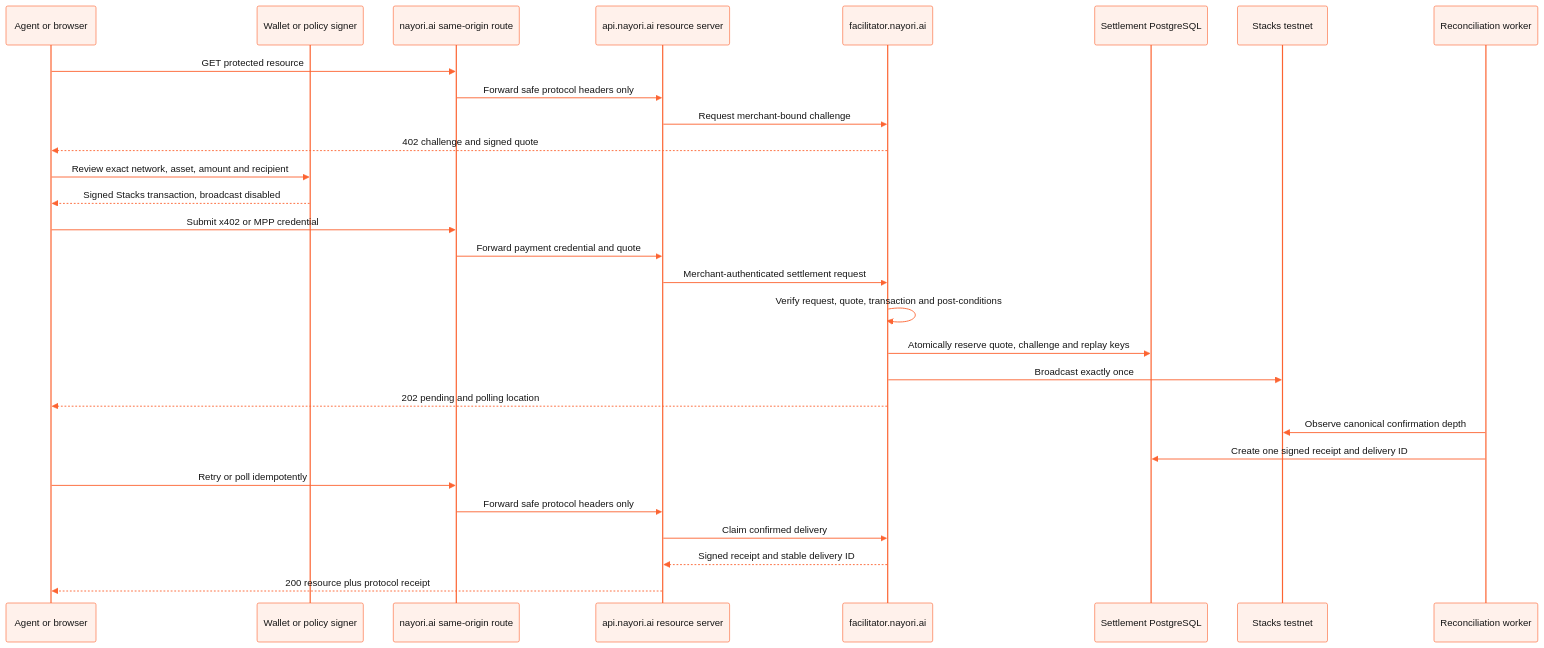
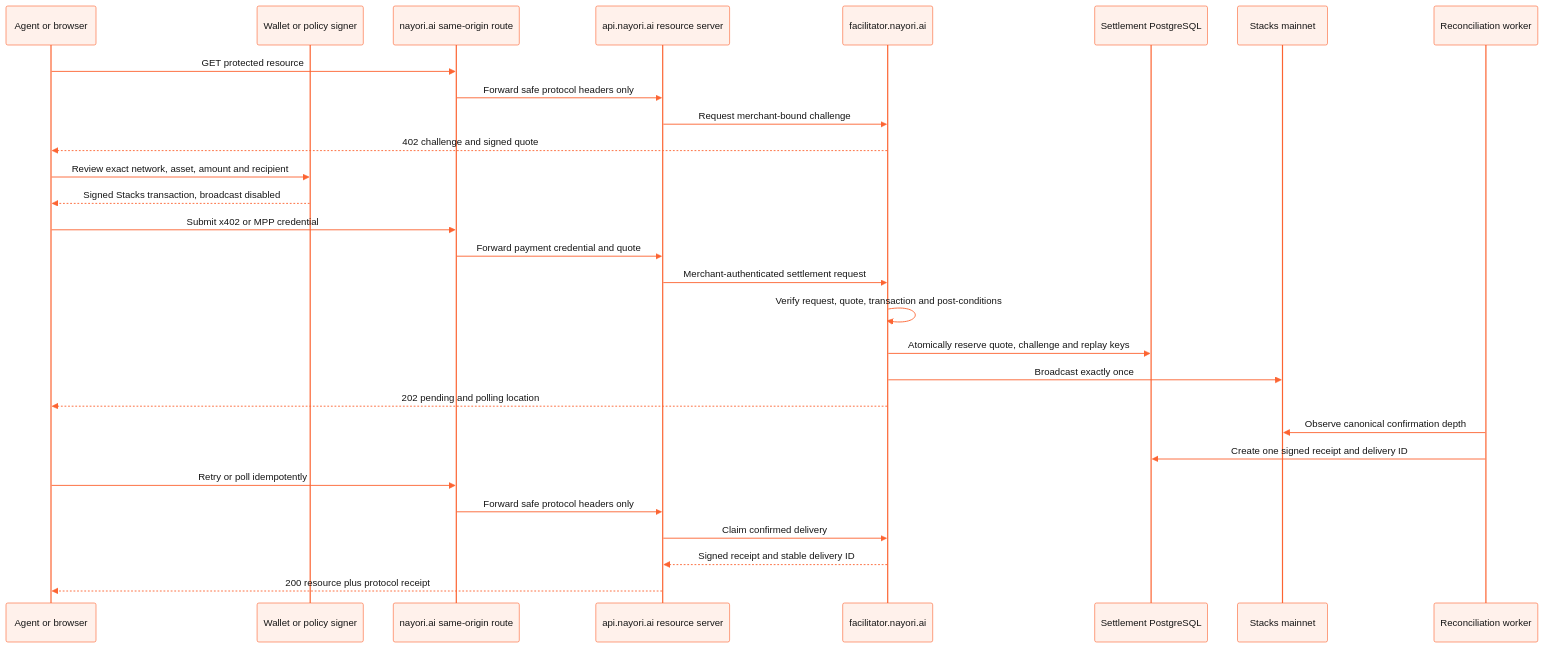
One commit to PerkOS-xyz/PerkOS-Nayori changed the third of 5 diagrams in README.md. Above: the diagram before and after it, drawn with Mermaid. The commit also changed other lines of this file and 22 other files, not shown here.

````diff
--- a/README.md
+++ b/README.md
@@ -314,33 +314,33 @@
 ```mermaid
 %%{init: {'theme':'base','themeVariables':{'primaryColor':'#FFF1EB','primaryBorderColor':'#FC6432','primaryTextColor':'#161616','secondaryColor':'#FFE2D7','tertiaryColor':'#FFF8F5','lineColor':'#FC6432','actorBkg':'#FFF1EB','actorBorder':'#FC6432','actorTextColor':'#161616','signalColor':'#FC6432','signalTextColor':'#161616','noteBkgColor':'#FFE2D7','noteBorderColor':'#FC6432','noteTextColor':'#161616','labelBoxBkgColor':'#FFF8F5','labelBoxBorderColor':'#FC6432','labelTextColor':'#161616','fontFamily':'Inter, Arial, sans-serif'}}}%%
 sequenceDiagram
   participant Caller as Agent or browser
   participant Wallet as Wallet or policy signer
   participant Web as nayori.ai same-origin route
   participant API as api.nayori.ai resource server
   participant Fac as facilitator.nayori.ai
   participant DB as Settlement PostgreSQL
-  participant Stacks as Stacks testnet
+  participant Stacks as Stacks mainnet
   participant Worker as Reconciliation worker
 
   Caller->>Web: GET protected resource
   Web->>API: Forward safe protocol headers only
   API->>Fac: Request merchant-bound challenge
   Fac-->>Caller: 402 challenge and signed quote
   Caller->>Wallet: Review exact network, asset, amount and recipient
   Wallet-->>Caller: Signed Stacks transaction, broadcast disabled
   Caller->>Web: Submit x402 or MPP credential
   Web->>API: Forward payment credential and quote
   API->>Fac: Merchant-authenticated settlement request
   Fac->>Fac: Verify request, quote, transaction and post-conditions
   Fac->>DB: Atomically reserve quote, challenge and replay keys
   Fac->>Stacks: Broadcast exactly once
   Fac-->>Caller: 202 pending and polling location
   Worker->>Stacks: Observe canonical confirmation depth
   Worker->>DB: Create one signed receipt and delivery ID
   Caller->>Web: Retry or poll idempotently
   Web->>API: Forward safe protocol headers only
   API->>Fac: Claim confirmed delivery
   Fac-->>API: Signed receipt and stable delivery ID
   API-->>Caller: 200 resource plus protocol receipt
 ```
````
